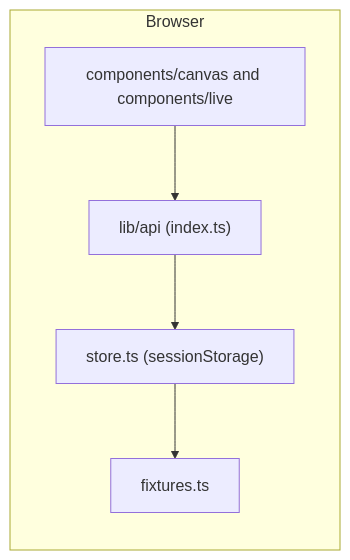
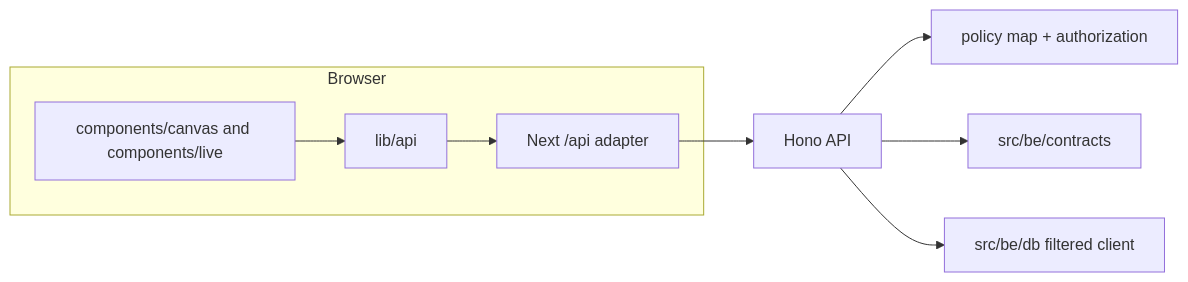
One commit to CS3227-2610-MP4-Easel/CS3227-2610-MP4 changed the diagram in docs/guide/03-architecture.md. Above: the diagram before and after it, drawn with Mermaid. The commit also changed other lines of this file and 7 other files, not shown here.

````diff
--- a/docs/guide/03-architecture.md
+++ b/docs/guide/03-architecture.md
@@ -5,12 +5,13 @@
 ```mermaid
 flowchart LR
   subgraph Browser
     S["components/canvas and components/live"]
-    A["lib/api (index.ts)"]
-    ST["store.ts (sessionStorage)"]
-    F["fixtures.ts"]
+    A["lib/api"]
+    N["Next /api adapter"]
   end
-  S --> A
-  A --> ST
-  ST --> F
+  S --> A --> N
+  N --> H["Hono API"]
+  H --> P["policy map + authorization"]
+  H --> C["src/be/contracts"]
+  H --> D["src/be/db filtered client"]
 ```
````
